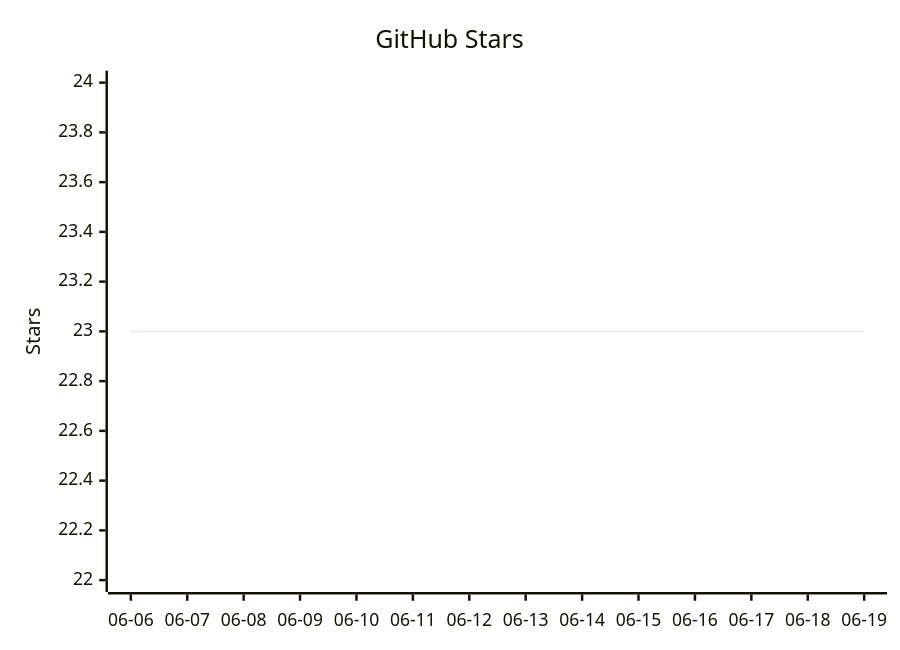
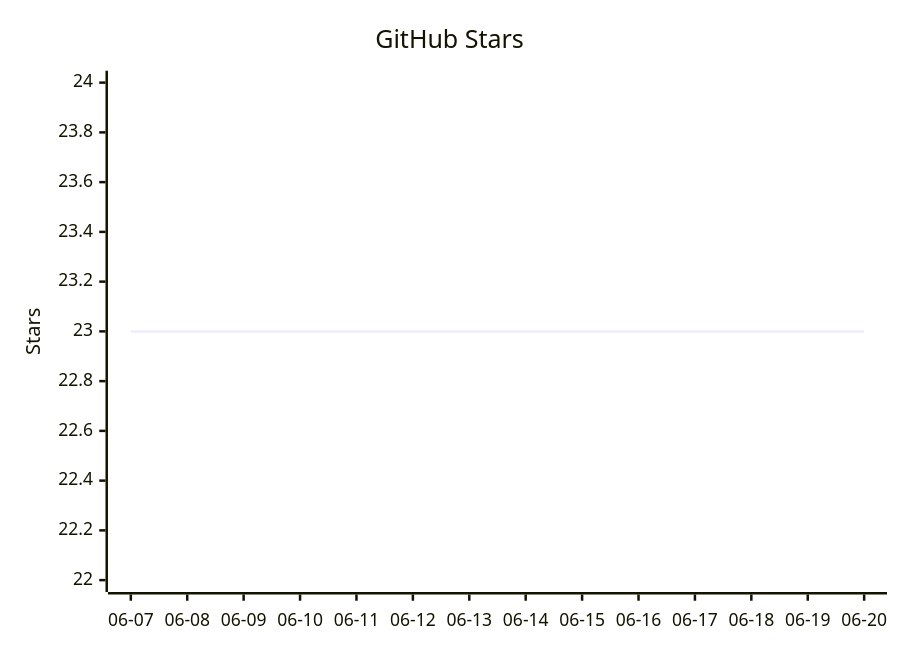
One commit to vectie/moonclaw changed the diagram in README.mbt.md. Above: the diagram before and after it, drawn with Mermaid. The commit also changed other lines of this file and 1 other file, not shown here.

Commit message:
Update README star growth

````diff
--- a/README.mbt.md
+++ b/README.mbt.md
@@ -614,7 +614,7 @@
 ```mermaid
 xychart-beta
     title "GitHub Stars"
-    x-axis ["06-06","06-07","06-08","06-09","06-10","06-11","06-12","06-13","06-14","06-15","06-16","06-17","06-18","06-19"]
+    x-axis ["06-07","06-08","06-09","06-10","06-11","06-12","06-13","06-14","06-15","06-16","06-17","06-18","06-19","06-20"]
     y-axis "Stars" 22 --> 24
     line [23,23,23,23,23,23,23,23,23,23,23,23,23,23]
 ```
````
